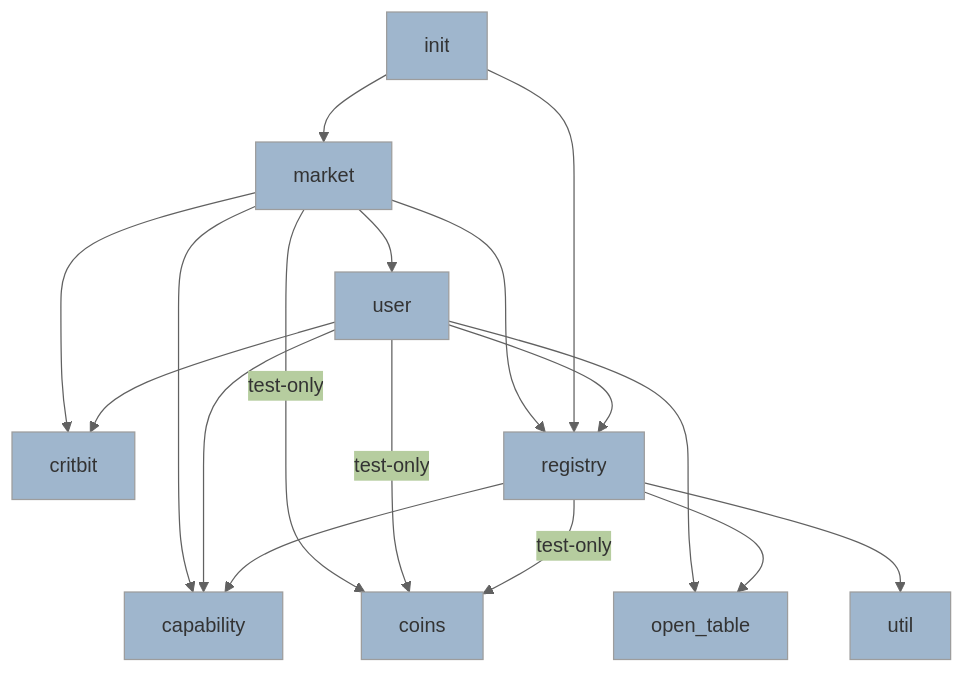
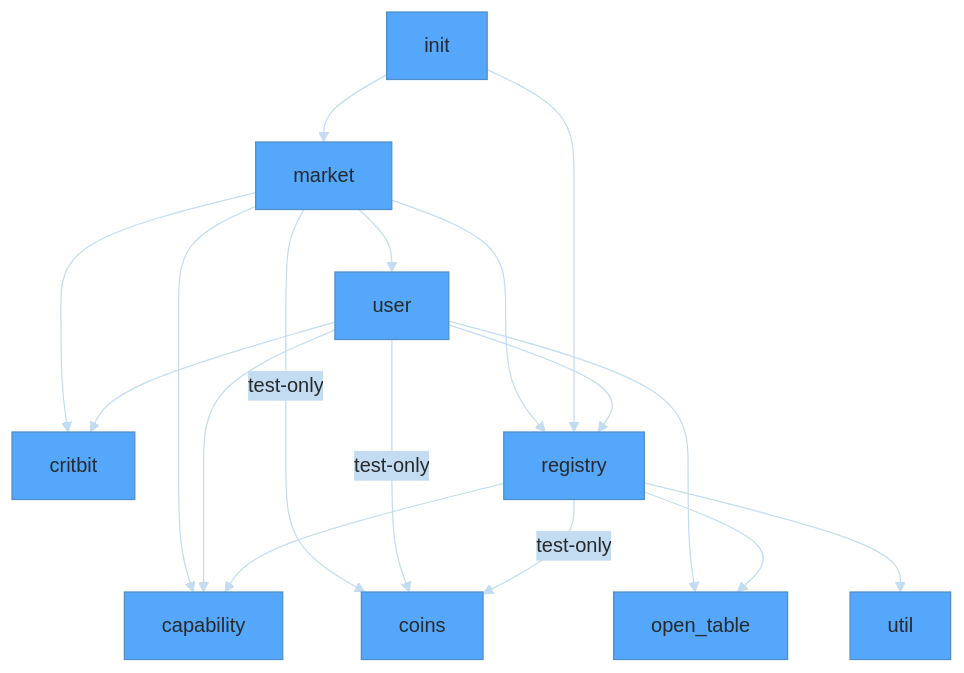
Before and after one commit to econia-labs/econia: the diagram in doc/doc-site/modules.md, drawn with Mermaid.

Commit message:
Update dependency graph theme w/ GitHub colors

````diff
--- a/doc/doc-site/modules.md
+++ b/doc/doc-site/modules.md
@@ -17,24 +17,24 @@
 ```mermaid
 
-%%{init: {'theme': 'base', 'themeVariables': {'primaryColor': '#9fb6cd', 'lineColor': '#616161'}}}%%
+%%{init: {'theme': 'base', 'themeVariables': {'primaryColor': '#54a7fa', 'lineColor': '#c4dcf1', 'primaryTextColor': '#272a2d', 'secondaryColor': '#c4dcf1'}}}%%
 
 flowchart TD
 
     market --> critbit
     market --> registry
     market --> capability
     market --> |test-only| coins
     market --> user
     init --> registry
     init --> market
     user --> capability
     user --> critbit
     user --> open_table
     user --> registry
     user --> |test-only| coins
     registry --> capability
     registry --> |test-only| coins
     registry --> open_table
     registry --> util
 
 ```
````
